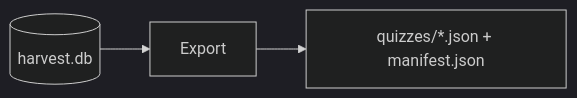
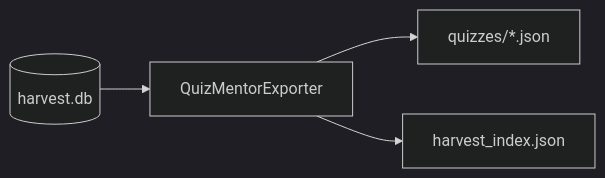
The diagram in docs/lessons/03-export-manifest.md (MarcoPWx/Scraper), drawn with Mermaid (dark theme) before and after one commit. The commit also changed other lines of this file and 2 other files, not shown here.

Commit message:
docs(lessons): flesh out Lessons 01–03 with real code references, diagrams, and commands

````diff
--- a/docs/lessons/03-export-manifest.md
+++ b/docs/lessons/03-export-manifest.md
@@ -11,4 +11,5 @@
 ```mermaid
 flowchart LR
-  DB[(harvest.db)] --> Export --> Files[quizzes/*.json + manifest.json]
+  DB[(harvest.db)] --> Export[QuizMentorExporter] --> Files[quizzes/*.json]
+  Export --> Index[harvest_index.json]
 ```
````
